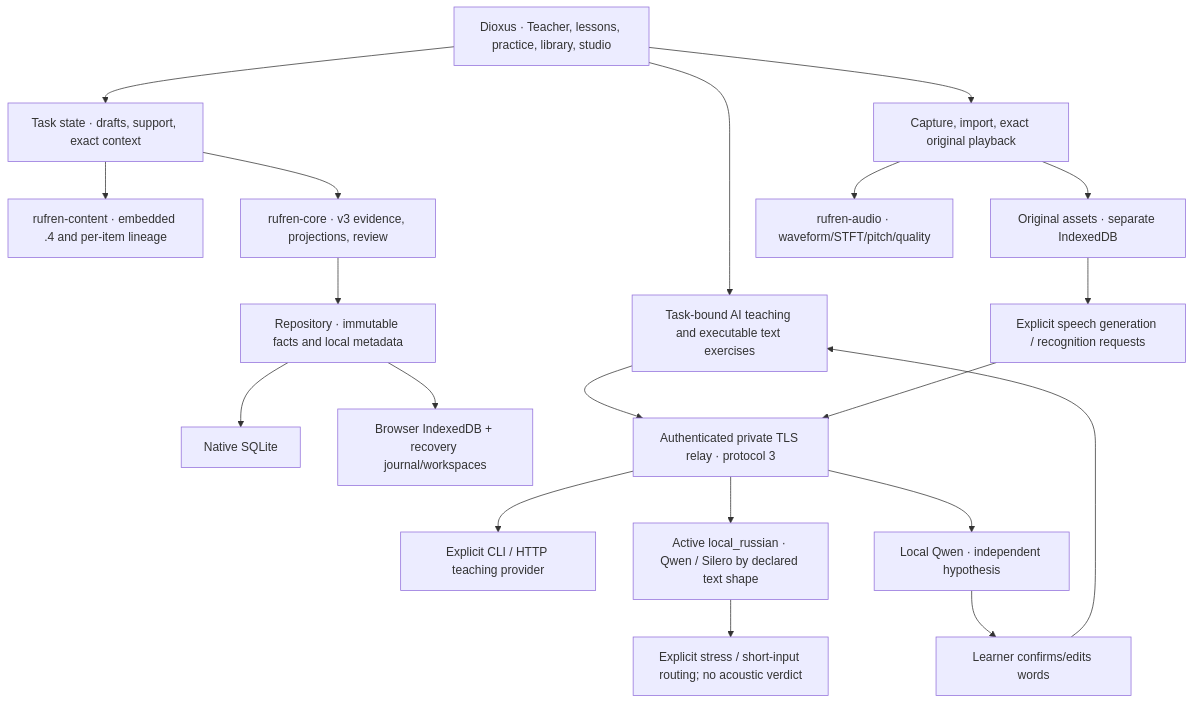
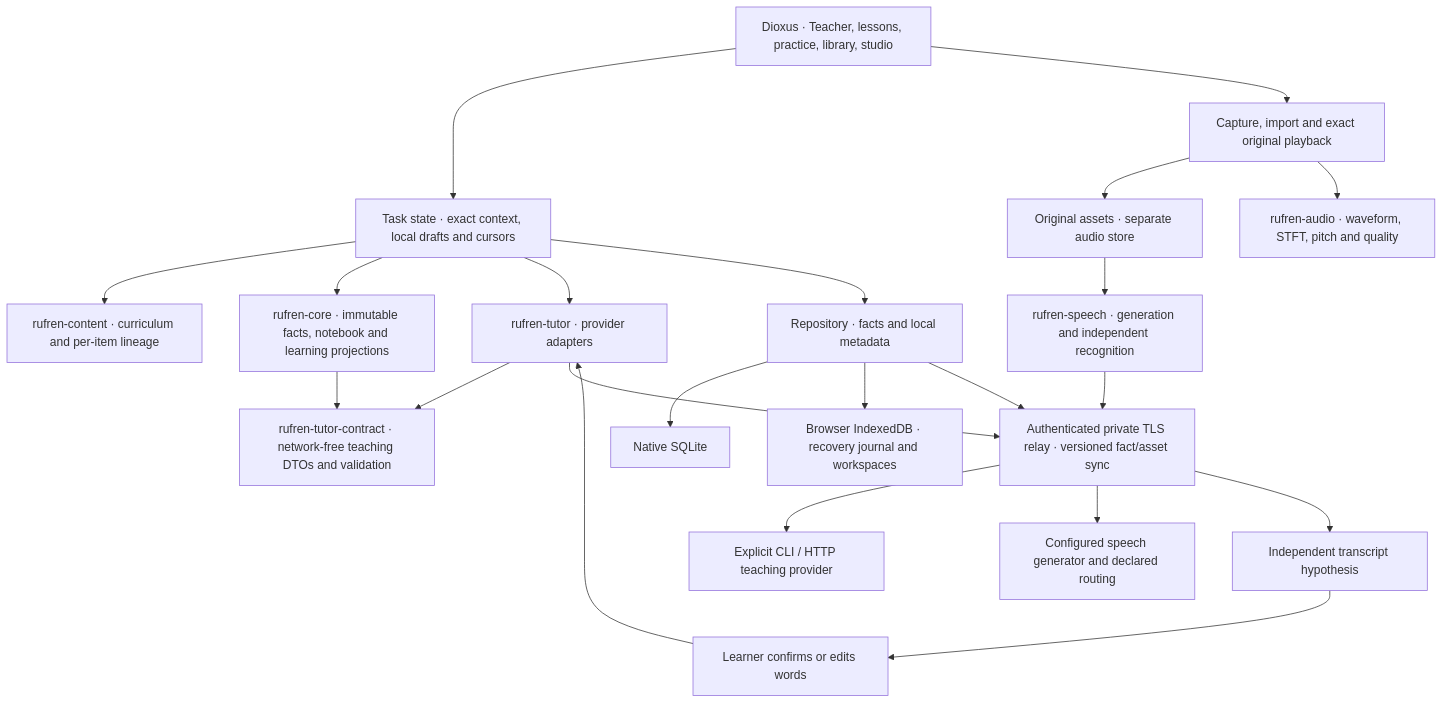
One commit to emberian/drussky changed the diagram in ARCHITECTURE.md. Above: the diagram before and after it, drawn with Mermaid. The commit also changed other lines of this file and 55 other files, not shown here.

First line of the commit message:
Preserve AI lessons and resume guided Russian practice

````diff
--- a/ARCHITECTURE.md
+++ b/ARCHITECTURE.md
@@ -11,22 +9,24 @@
 ```mermaid
 flowchart TD
-    UI["Dioxus · Teacher, lessons, practice, library, studio"] --> State["Task state · drafts, support, exact context"]
-    State --> Content["rufren-content · embedded .4 and per-item lineage"]
-    State --> Core["rufren-core · v3 evidence, projections, review"]
-    Core --> Repo["Repository · immutable facts and local metadata"]
+    UI["Dioxus · Teacher, lessons, practice, library, studio"] --> State["Task state · exact context, local drafts and cursors"]
+    State --> Content["rufren-content · curriculum and per-item lineage"]
+    State --> Core["rufren-core · immutable facts, notebook and learning projections"]
+    Core --> Contract["rufren-tutor-contract · network-free teaching DTOs and validation"]
+    State --> Gateway["rufren-tutor · provider adapters"]
+    Gateway --> Contract
+    State --> Repo["Repository · facts and local metadata"]
     Repo --> SQL["Native SQLite"]
-    Repo --> Browser["Browser IndexedDB + recovery journal/workspaces"]
-    UI --> Teacher["Task-bound AI teaching and executable text exercises"]
-    Teacher --> Relay["Authenticated private TLS relay · protocol 3"]
-    Relay --> Text["Explicit CLI / HTTP teaching provider"]
-    UI --> Audio["Capture, import, exact original playback"]
-    Audio --> Blobs["Original assets · separate IndexedDB"]
-    Blobs --> Speech["Explicit speech generation / recognition requests"]
+    Repo --> Browser["Browser IndexedDB · recovery journal and workspaces"]
+    Repo --> Relay["Authenticated private TLS relay · versioned fact/asset sync"]
+    Gateway --> Relay
+    Relay --> Provider["Explicit CLI / HTTP teaching provider"]
+    UI --> Audio["Capture, import and exact original playback"]
+    Audio --> Blobs["Original assets · separate audio store"]
+    Audio --> DSP["rufren-audio · waveform, STFT, pitch and quality"]
+    Blobs --> Speech["rufren-speech · generation and independent recognition"]
     Speech --> Relay
-    Relay --> TTS["Active local_russian · Qwen / Silero by declared text shape"]
-    Relay --> ASR["Local Qwen · independent hypothesis"]
-    ASR --> Confirm["Learner confirms/edits words"]
-    Confirm --> Teacher
-    Audio --> DSP["rufren-audio · waveform/STFT/pitch/quality"]
-    TTS --> Router["Explicit stress / short-input routing; no acoustic verdict"]
+    Relay --> TTS["Configured speech generator and declared routing"]
+    Relay --> ASR["Independent transcript hypothesis"]
+    ASR --> Confirm["Learner confirms or edits words"]
+    Confirm --> Gateway
 ```
````
